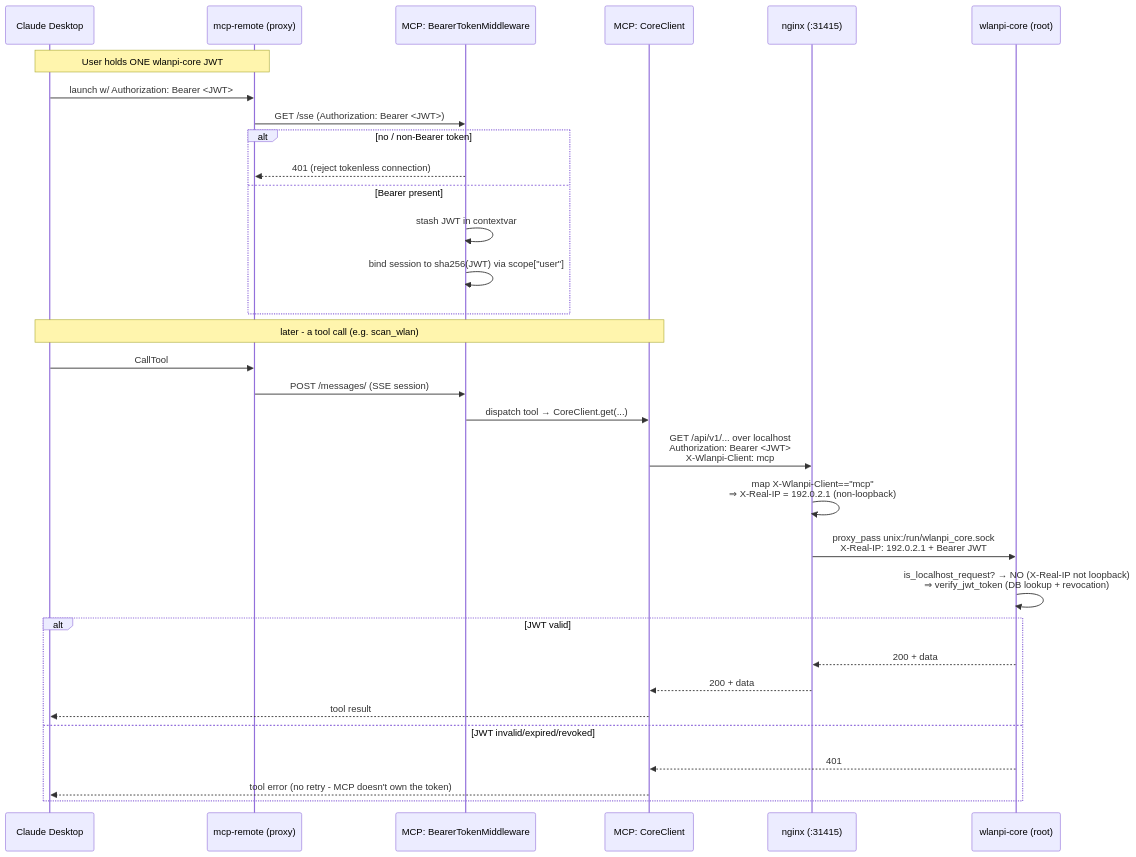
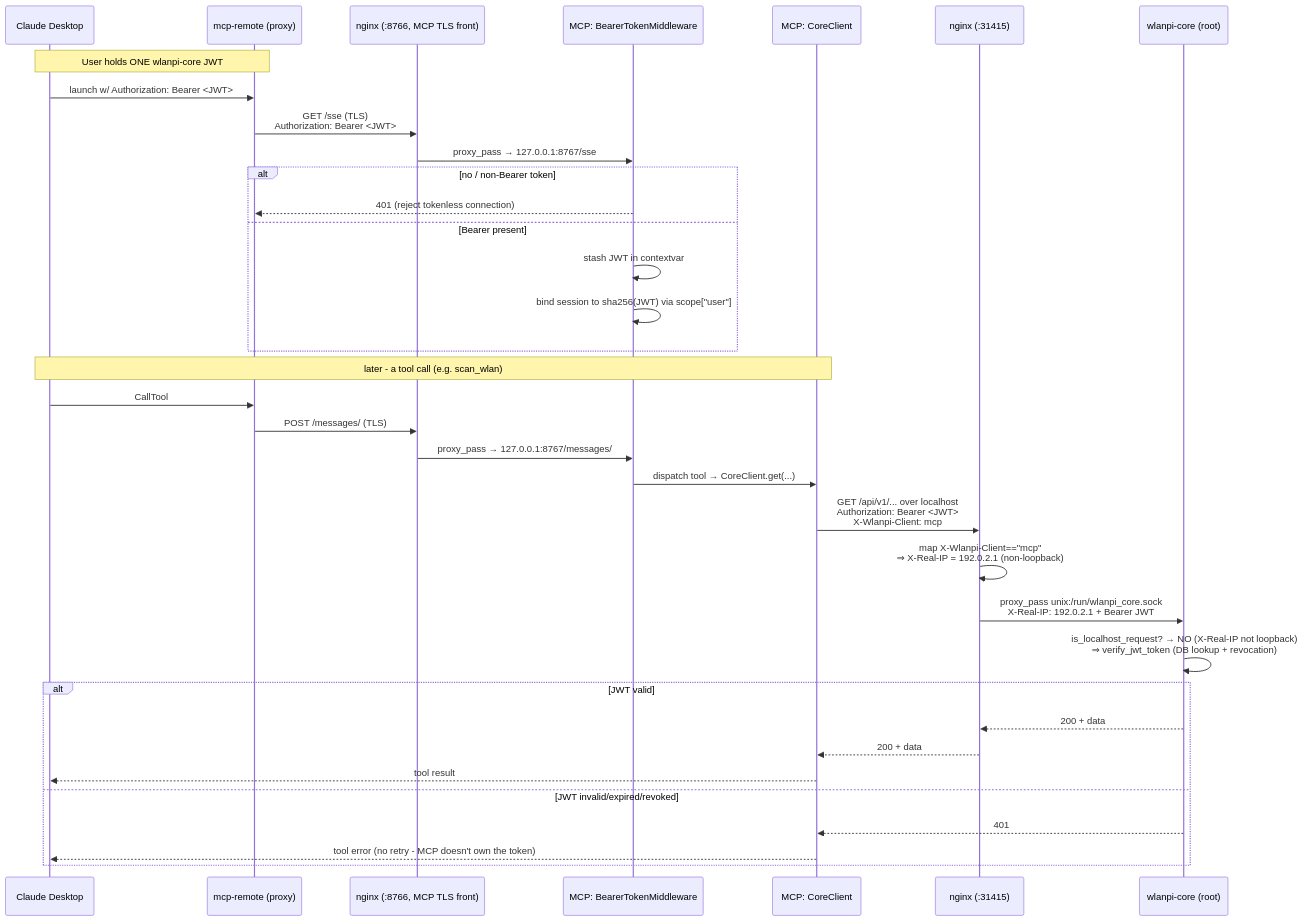
One commit to WLAN-Pi/wlanpi-mcp changed the first of 2 diagrams in docs/auth-flow.md. Above: the diagram before and after it, drawn with Mermaid. The commit also changed other lines of this file and 12 other files, not shown here.

First line of the commit message:
security: front the MCP SSE daemon with nginx TLS on 8766 (#14)

````diff
--- a/docs/auth-flow.md
+++ b/docs/auth-flow.md
@@ -11,36 +16,39 @@
 ```mermaid
 sequenceDiagram
     participant CD as Claude Desktop
     participant MR as mcp-remote (proxy)
+    participant MG as nginx (:8766, MCP TLS front)
     participant MW as MCP: BearerTokenMiddleware
     participant CC as MCP: CoreClient
     participant NG as nginx (:31415)
     participant API as wlanpi-core (root)
 
     Note over CD,MR: User holds ONE wlanpi-core JWT
     CD->>MR: launch w/ Authorization: Bearer <JWT>
-    MR->>MW: GET /sse  (Authorization: Bearer <JWT>)
+    MR->>MG: GET /sse (TLS)<br/>Authorization: Bearer <JWT>
+    MG->>MW: proxy_pass → 127.0.0.1:8767/sse
     alt no / non-Bearer token
         MW-->>MR: 401 (reject tokenless connection)
     else Bearer present
         MW->>MW: stash JWT in contextvar
         MW->>MW: bind session to sha256(JWT) via scope["user"]
     end
 
     Note over CD,CC: later - a tool call (e.g. scan_wlan)
     CD->>MR: CallTool
-    MR->>MW: POST /messages/ (SSE session)
+    MR->>MG: POST /messages/ (TLS)
+    MG->>MW: proxy_pass → 127.0.0.1:8767/messages/
     MW->>CC: dispatch tool → CoreClient.get(...)
     CC->>NG: GET /api/v1/... over localhost<br/>Authorization: Bearer <JWT><br/>X-Wlanpi-Client: mcp
     NG->>NG: map X-Wlanpi-Client=="mcp"<br/>⇒ X-Real-IP = 192.0.2.1 (non-loopback)
     NG->>API: proxy_pass unix:/run/wlanpi_core.sock<br/>X-Real-IP: 192.0.2.1 + Bearer JWT
     API->>API: is_localhost_request? → NO (X-Real-IP not loopback)<br/>⇒ verify_jwt_token (DB lookup + revocation)
     alt JWT valid
         API-->>NG: 200 + data
         NG-->>CC: 200 + data
         CC-->>CD: tool result
     else JWT invalid/expired/revoked
         API-->>CC: 401
         CC-->>CD: tool error (no retry - MCP doesn't own the token)
     end
 ```
````
